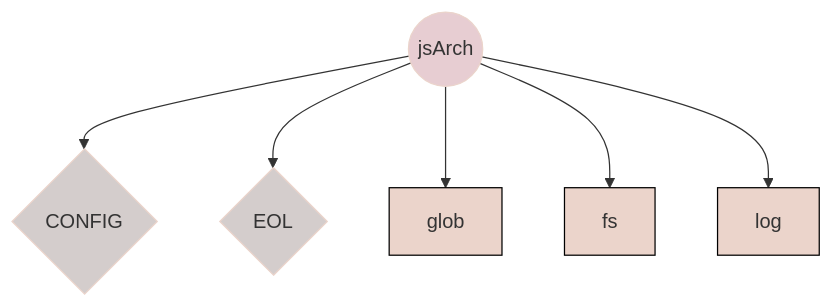
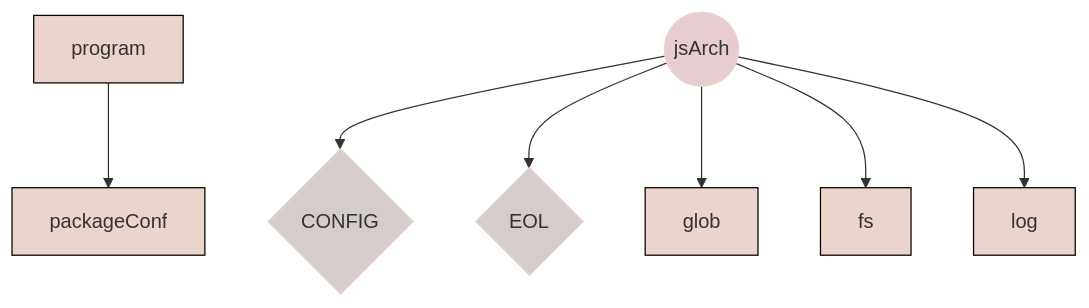
The diagram in DEPENDENCIES.mmd (nfroidure/jsarch), drawn with Mermaid before and after one commit. The commit also changed 15 other files, not shown here.

```diff
--- a/DEPENDENCIES.mmd
+++ b/DEPENDENCIES.mmd
@@ -1,15 +1,18 @@
 graph TD
+  program-->packageConf
   jsArch((jsArch))-->CONFIG{CONFIG}
   jsArch((jsArch))-->EOL{EOL}
   jsArch((jsArch))-->glob
   jsArch((jsArch))-->fs
   jsArch((jsArch))-->log
   classDef jsarch fill:#e7cdd2,stroke:#ebd4cb,stroke-width:1px;
   classDef config fill:#d4cdcc,stroke:#ebd4cb,stroke-width:1px;
   classDef others fill:#ebd4cb,stroke:#000,stroke-width:1px;
+  class program others;
+  class packageConf others;
   class jsArch jsarch;
   class CONFIG config;
   class EOL config;
   class glob others;
   class fs others;
   class log others;
```
